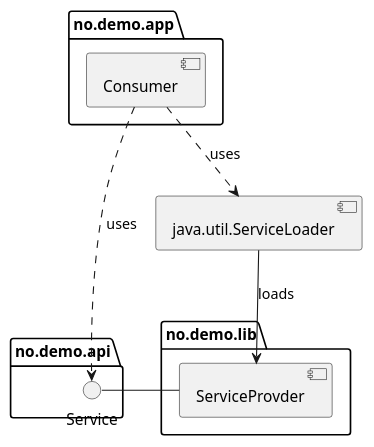
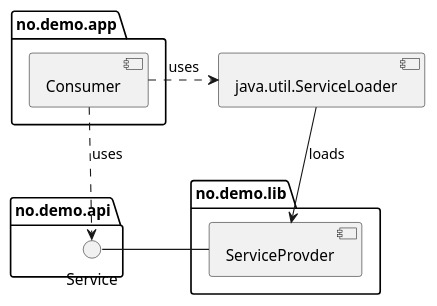
One commit to hkbuvik/jpms changed the diagram in assets/img/plugin-architecture.puml. Above: the diagram before and after it, drawn with PlantUML. The commit also changed 1 other file, not shown here.

```diff
--- a/assets/img/plugin-architecture.puml
+++ b/assets/img/plugin-architecture.puml
@@ -1,23 +1,23 @@
 @startuml
 
 component java.util.ServiceLoader as sl
 
 package "no.demo.api" {
     interface Service as s
 }
 
 package "no.demo.app" {
     component Consumer as c
-    c ..> s : uses
-    c ..> sl : uses
+    c .> s : uses
+    c .> sl : uses
 }
 
 package "no.demo.lib" {
     component ServiceProvder as sp
     sp - s
 }
 
 
 
 sl --> sp : loads
 @enduml
```
